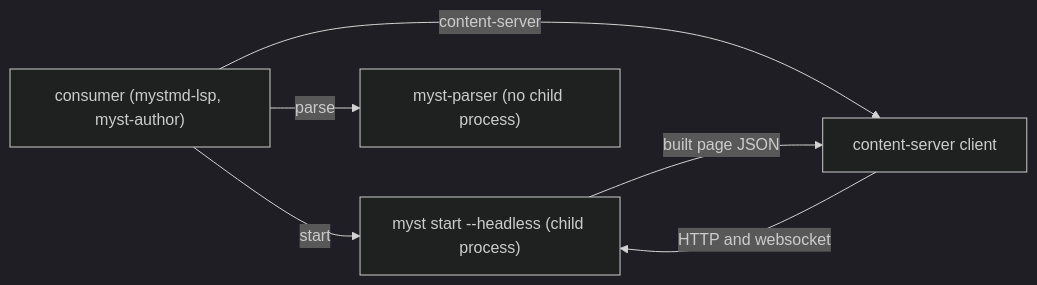
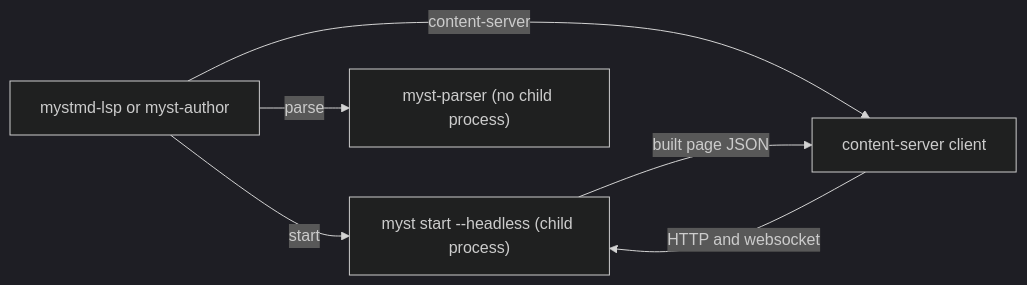
One commit to choldgraf/mystmd-client changed the diagram in README.md. Above: the diagram before and after it, drawn with Mermaid (dark theme).

Commit message:
Reword the lines a first-time reader stopped at after the docs cleanup

````diff
--- a/README.md
+++ b/README.md
@@ -36,9 +36,9 @@
 ```mermaid
 flowchart LR
-  consumer["consumer (mystmd-lsp, myst-author)"]
+  consumer["mystmd-lsp or myst-author"]
   consumer -->|start| child["myst start --headless (child process)"]
   consumer -->|content-server| client["content-server client"]
   client -->|"HTTP and websocket"| child
   child -->|"built page JSON"| client
   consumer -->|parse| parser["myst-parser (no child process)"]
 ```
````
